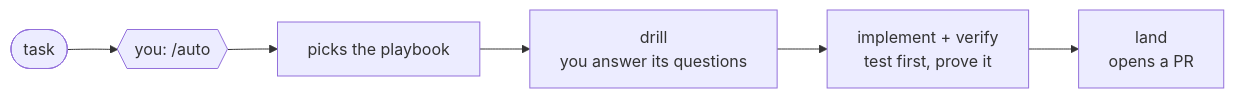
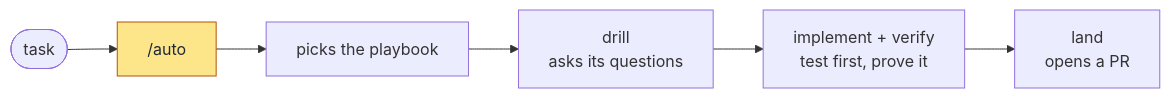
One commit to pwguler/skills changed the second of 2 diagrams in README.md. Above: the diagram before and after it, drawn with Mermaid. The commit also changed other lines of this file, not shown here.

First line of the commit message:
readme: mark the commands the user types by color instead of 'you:' labels

````diff
--- a/README.md
+++ b/README.md
@@ -71,8 +73,10 @@
 ```mermaid
 flowchart LR
-    task([task]) --> y1{{"you: /auto"}}
+    task([task]) --> y1["/auto"]
     y1 --> pb["picks the playbook"]
-    pb --> drill["drill<br/>you answer its questions"]
+    pb --> drill["drill<br/>asks its questions"]
     drill --> impl["implement + verify<br/>test first, prove it"]
     impl --> land["land<br/>opens a PR"]
+    classDef you fill:#fde68a,stroke:#b45309,color:#1f2937
+    class y1 you
 ```
````
